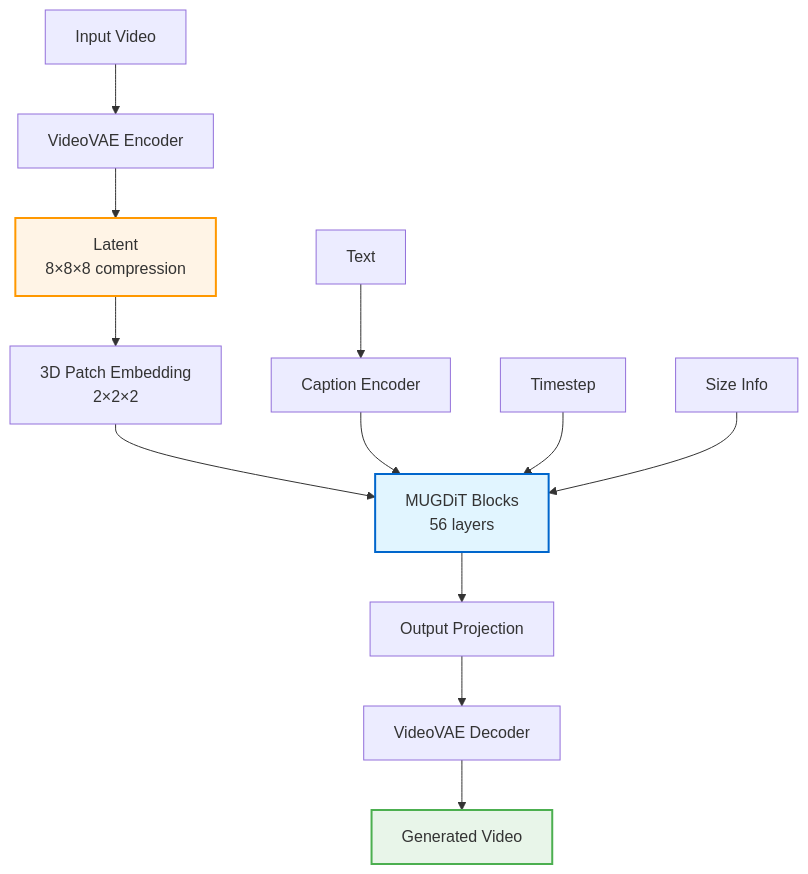
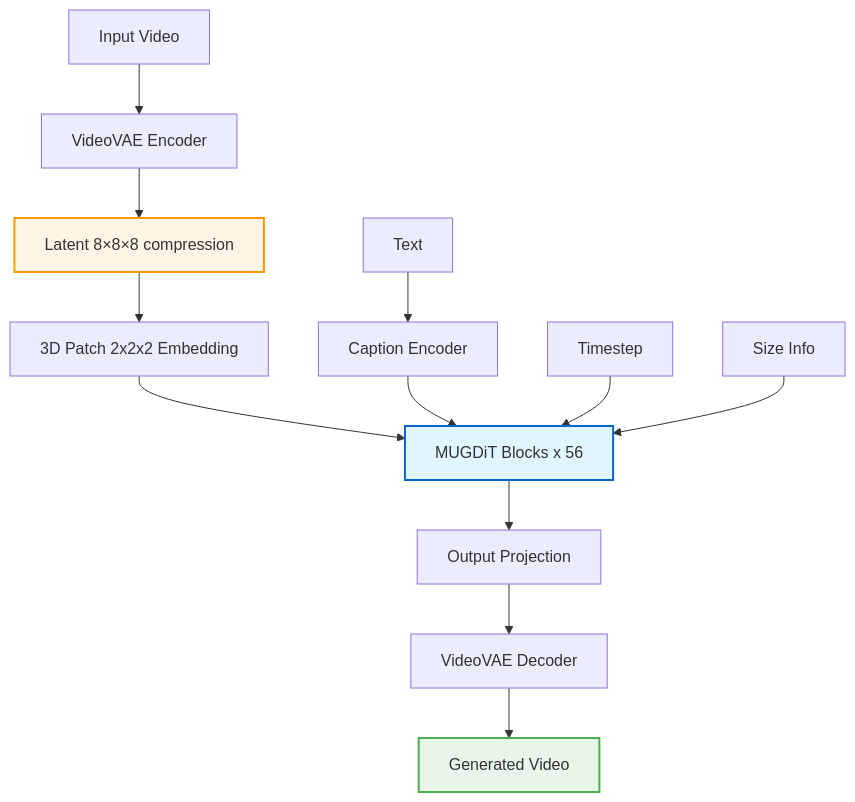
One commit to Shopee-MUG/MUG-V changed the first of 2 diagrams in README.md. Above: the diagram before and after it, drawn with Mermaid. The commit also changed other lines of this file, not shown here.

````diff
--- a/README.md
+++ b/README.md
@@ -209,22 +211,22 @@
 ```mermaid
     flowchart TB
     A[Input Video] --> B[VideoVAE Encoder]
-    B --> C["Latent\n8×8×8 compression"]
+    B --> C["Latent 8×8×8 compression"]
 
-    C --> D["3D Patch Embedding\n2×2×2"]
-    D --> E["MUGDiT Blocks\n56 layers"]
+    C --> D["3D Patch 2x2x2 Embedding"]
+    D --> E["MUGDiT Blocks x 56"]
 
     F[Text] --> G[Caption Encoder]
     G --> E
 
     H[Timestep] --> E
     I[Size Info] --> E
 
     E --> J[Output Projection]
     J --> K[VideoVAE Decoder]
     K --> L[Generated Video]
 
     style E fill:#e1f5ff,stroke:#0066cc,stroke-width:2px
     style C fill:#fff4e6,stroke:#ff9800,stroke-width:2px
     style L fill:#e8f5e9,stroke:#4caf50,stroke-width:2px
 ```
````
